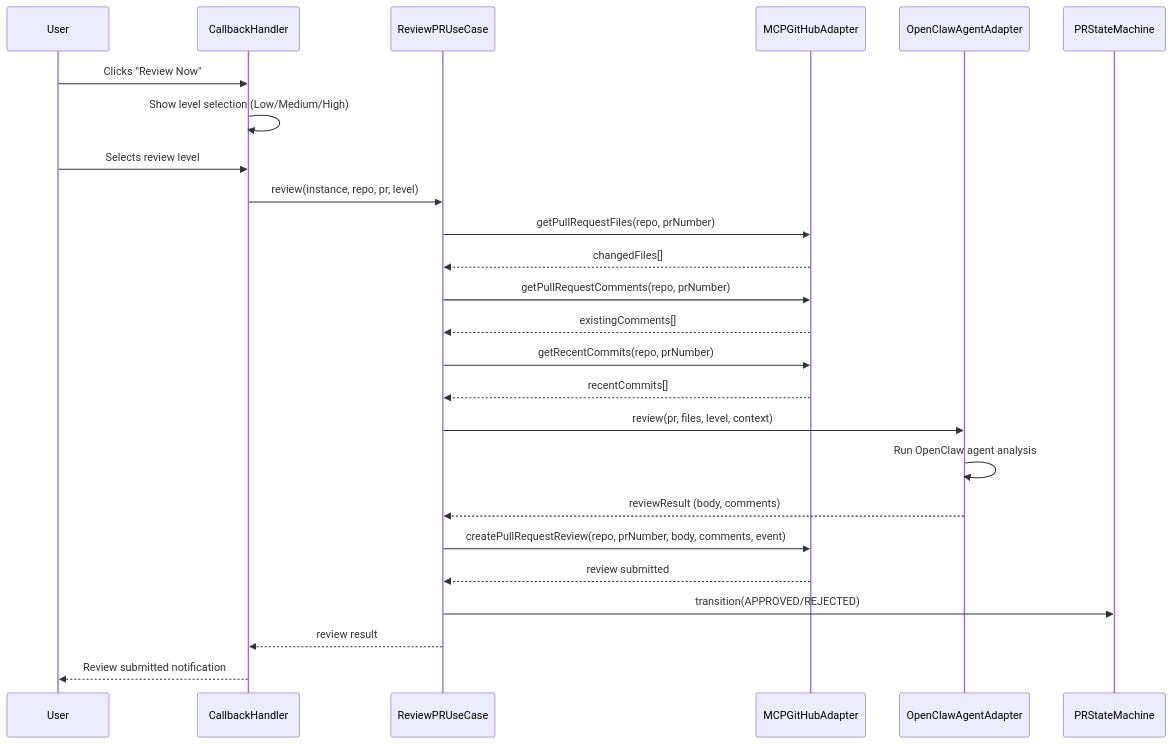
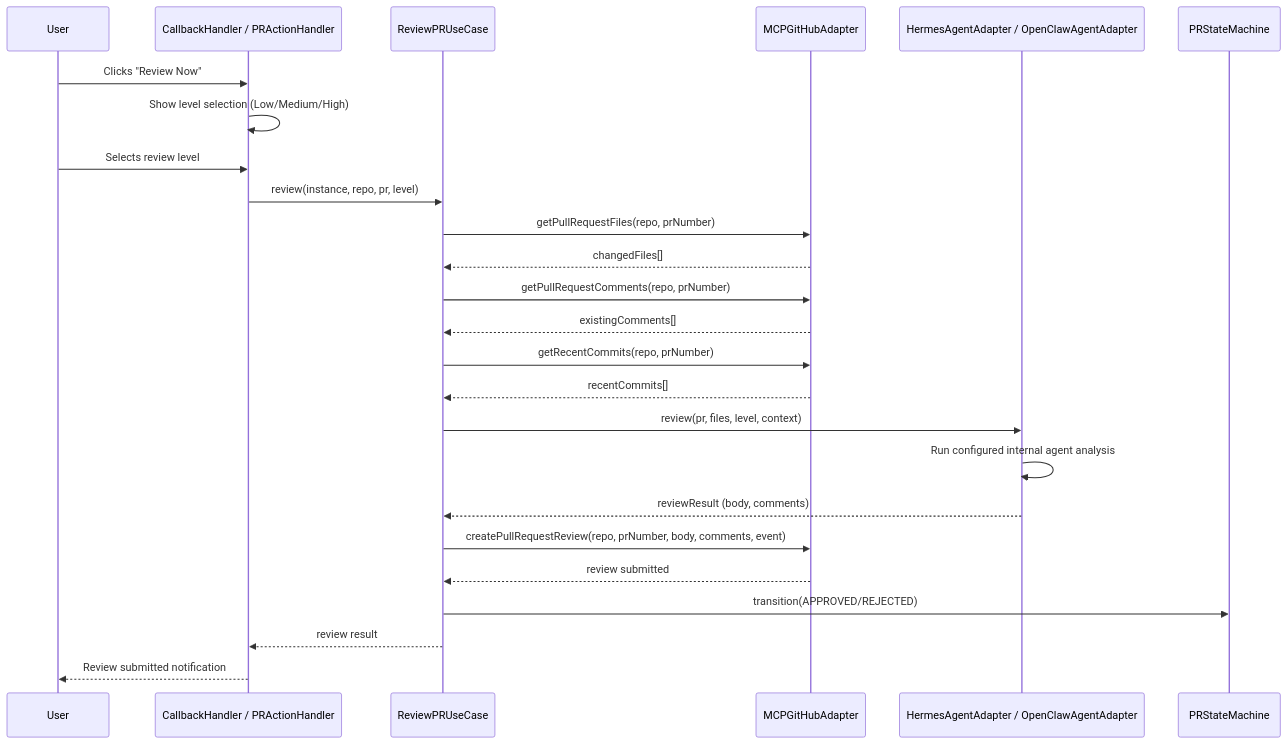
Before and after one commit to hinha/agent-pr: the third of 6 diagrams in README.md, drawn with Mermaid. The commit also changed other lines of this file and 12 other files, not shown here.

````diff
--- a/README.md
+++ b/README.md
@@ -231,32 +260,32 @@
 ```mermaid
 sequenceDiagram
     participant U as User
-    participant CB as CallbackHandler
+    participant CB as CallbackHandler / PRActionHandler
     participant RUC as ReviewPRUseCase
     participant G as MCPGitHubAdapter
-    participant AGT as OpenClawAgentAdapter
+    participant AGT as HermesAgentAdapter / OpenClawAgentAdapter
     participant SM as PRStateMachine
 
     U->>CB: Clicks "Review Now"
     CB->>CB: Show level selection (Low/Medium/High)
     U->>CB: Selects review level
     CB->>RUC: review(instance, repo, pr, level)
 
     RUC->>G: getPullRequestFiles(repo, prNumber)
     G-->>RUC: changedFiles[]
     RUC->>G: getPullRequestComments(repo, prNumber)
     G-->>RUC: existingComments[]
     RUC->>G: getRecentCommits(repo, prNumber)
     G-->>RUC: recentCommits[]
 
     RUC->>AGT: review(pr, files, level, context)
-    AGT->>AGT: Run OpenClaw agent analysis
+    AGT->>AGT: Run configured internal agent analysis
     AGT-->>RUC: reviewResult (body, comments)
 
     RUC->>G: createPullRequestReview(repo, prNumber, body, comments, event)
     G-->>RUC: review submitted
 
     RUC->>SM: transition(APPROVED/REJECTED)
     RUC-->>CB: review result
     CB-->>U: Review submitted notification
 ```
````
